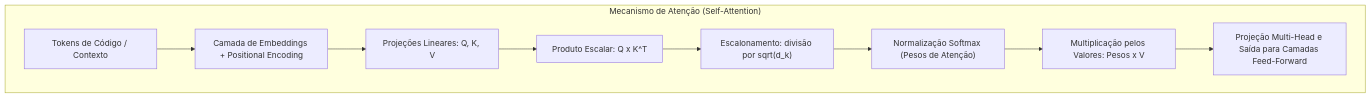
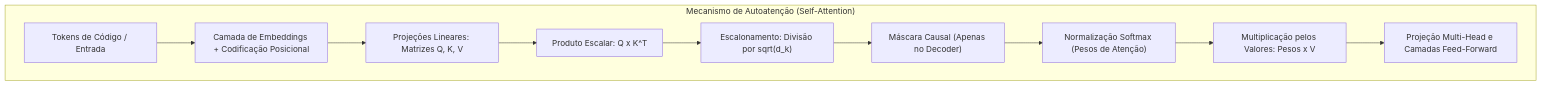
Before and after one commit to thiagosantos346/TCE-GO-2027: the first of 6 diagrams in fontes_de_estudo/conhecimentos_especificos_b02_ti/06_engenharia_software_ia_e_sistemas_agentivos/01_fundamentos_llms_intent_based_e_engenharia_de_prompts.md, drawn with Mermaid. The commit also changed other lines of this file and 119 other files, not shown here.

````diff
--- a/fontes_de_estudo/conhecimentos_especificos_b02_ti/06_engenharia_software_ia_e_sistemas_agentivos/01_fundamentos_llms_intent_based_e_engenharia_de_prompts.md
+++ b/fontes_de_estudo/conhecimentos_especificos_b02_ti/06_engenharia_software_ia_e_sistemas_agentivos/01_fundamentos_llms_intent_based_e_engenharia_de_prompts.md
@@ -70,12 +46,13 @@
 ```mermaid
 flowchart TD
-    subgraph "Mecanismo de Atenção (Self-Attention)"
-        A["Tokens de Código / Contexto"] --> B["Camada de Embeddings + Positional Encoding"]
-        B --> C["Projeções Lineares: Q, K, V"]
-        C --> D["Produto Escalar: Q x K^T"]
-        D --> E["Escalonamento: divisão por sqrt(d_k)"]
-        E --> F["Normalização Softmax (Pesos de Atenção)"]
-        F --> G["Multiplicação pelos Valores: Pesos x V"]
-        G --> H["Projeção Multi-Head e Saída para Camadas Feed-Forward"]
+    subgraph Attention["Mecanismo de Autoatenção (Self-Attention)"]
+        T["Tokens de Código / Entrada"] --> Emb["Camada de Embeddings + Codificação Posicional"]
+        Emb --> Proj["Projeções Lineares: Matrizes Q, K, V"]
+        Proj --> Dot["Produto Escalar: Q x K^T"]
+        Dot --> Scale["Escalonamento: Divisão por sqrt(d_k)"]
+        Scale --> Mask["Máscara Causal (Apenas no Decoder)"]
+        Mask --> Soft["Normalização Softmax (Pesos de Atenção)"]
+        Soft --> Mult["Multiplicação pelos Valores: Pesos x V"]
+        Mult --> Out["Projeção Multi-Head e Camadas Feed-Forward"]
     end
 ```
````
